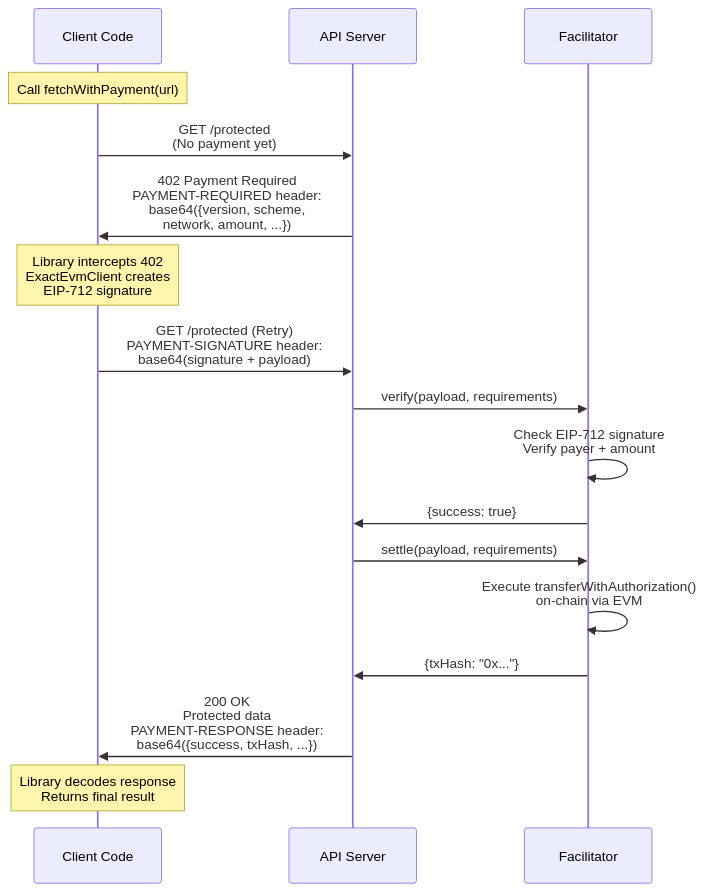
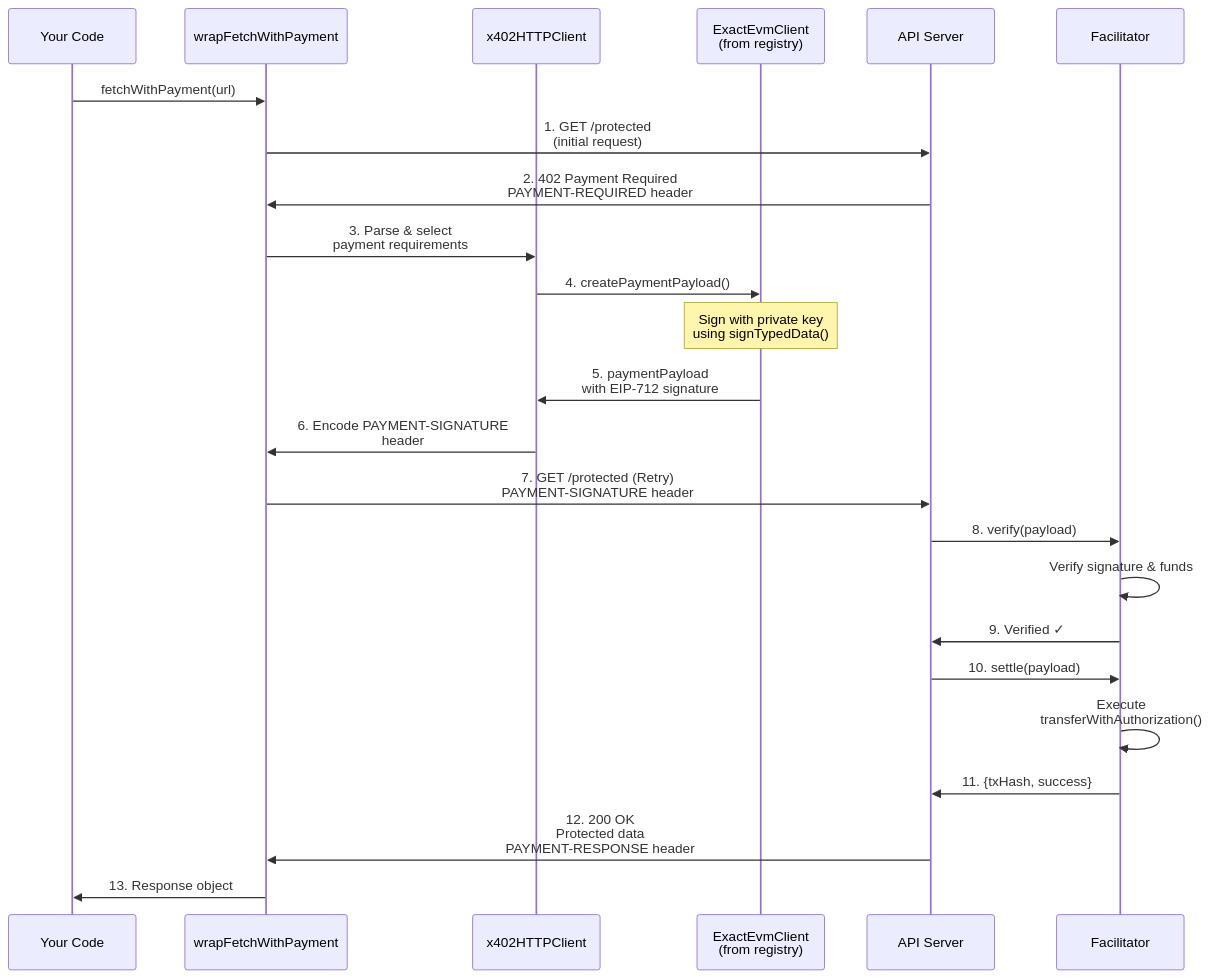
Before and after one commit to ryanRfox/x402: the diagram in docs/00-getting-started/quick-start-client.md, drawn with Mermaid. The commit also changed other lines of this file, not shown here.

First line of the commit message:
docs: add detailed wrapper internals and improved payment flow diagram

````diff
--- a/docs/00-getting-started/quick-start-client.md
+++ b/docs/00-getting-started/quick-start-client.md
@@ -367,27 +369,31 @@
 ```mermaid
 sequenceDiagram
-    participant Client as Client Code
+    participant YourCode as Your Code
+    participant Wrapper as wrapFetchWithPayment
+    participant HTTPClient as x402HTTPClient
+    participant SchemeClient as ExactEvmClient<br/>(from registry)
     participant Server as API Server
     participant Facilitator as Facilitator
 
-    Note over Client: Call fetchWithPayment(url)
+    YourCode->>Wrapper: fetchWithPayment(url)
+    Wrapper->>Server: 1. GET /protected<br/>(initial request)
+    Server->>Wrapper: 2. 402 Payment Required<br/>PAYMENT-REQUIRED header
 
-    Client->>Server: GET /protected<br/>(No payment yet)
-    Server->>Client: 402 Payment Required<br/>PAYMENT-REQUIRED header:<br/>base64({version, scheme,<br/>network, amount, ...})
+    Wrapper->>HTTPClient: 3. Parse & select<br/>payment requirements
+    HTTPClient->>SchemeClient: 4. createPaymentPayload()
+    Note over SchemeClient: Sign with private key<br/>using signTypedData()
+    SchemeClient->>HTTPClient: 5. paymentPayload<br/>with EIP-712 signature
+    HTTPClient->>Wrapper: 6. Encode PAYMENT-SIGNATURE<br/>header
 
-    Note over Client: Library intercepts 402<br/>ExactEvmClient creates<br/>EIP-712 signature
+    Wrapper->>Server: 7. GET /protected (Retry)<br/>PAYMENT-SIGNATURE header
+    Server->>Facilitator: 8. verify(payload)
+    Facilitator->>Facilitator: Verify signature & funds
+    Facilitator->>Server: 9. Verified ✓
 
-    Client->>Server: GET /protected (Retry)<br/>PAYMENT-SIGNATURE header:<br/>base64(signature + payload)
+    Server->>Facilitator: 10. settle(payload)
+    Facilitator->>Facilitator: Execute<br/>transferWithAuthorization()
+    Facilitator->>Server: 11. {txHash, success}
 
-    Server->>Facilitator: verify(payload, requirements)
-    Facilitator->>Facilitator: Check EIP-712 signature<br/>Verify payer + amount
-    Facilitator->>Server: {success: true}
-
-    Server->>Facilitator: settle(payload, requirements)
-    Facilitator->>Facilitator: Execute transferWithAuthorization()<br/>on-chain via EVM
-    Facilitator->>Server: {txHash: "0x..."}
-
-    Server->>Client: 200 OK<br/>Protected data<br/>PAYMENT-RESPONSE header:<br/>base64({success, txHash, ...})
-
-    Note over Client: Library decodes response<br/>Returns final result
+    Server->>Wrapper: 12. 200 OK<br/>Protected data<br/>PAYMENT-RESPONSE header
+    Wrapper->>YourCode: 13. Response object
 ```
````
